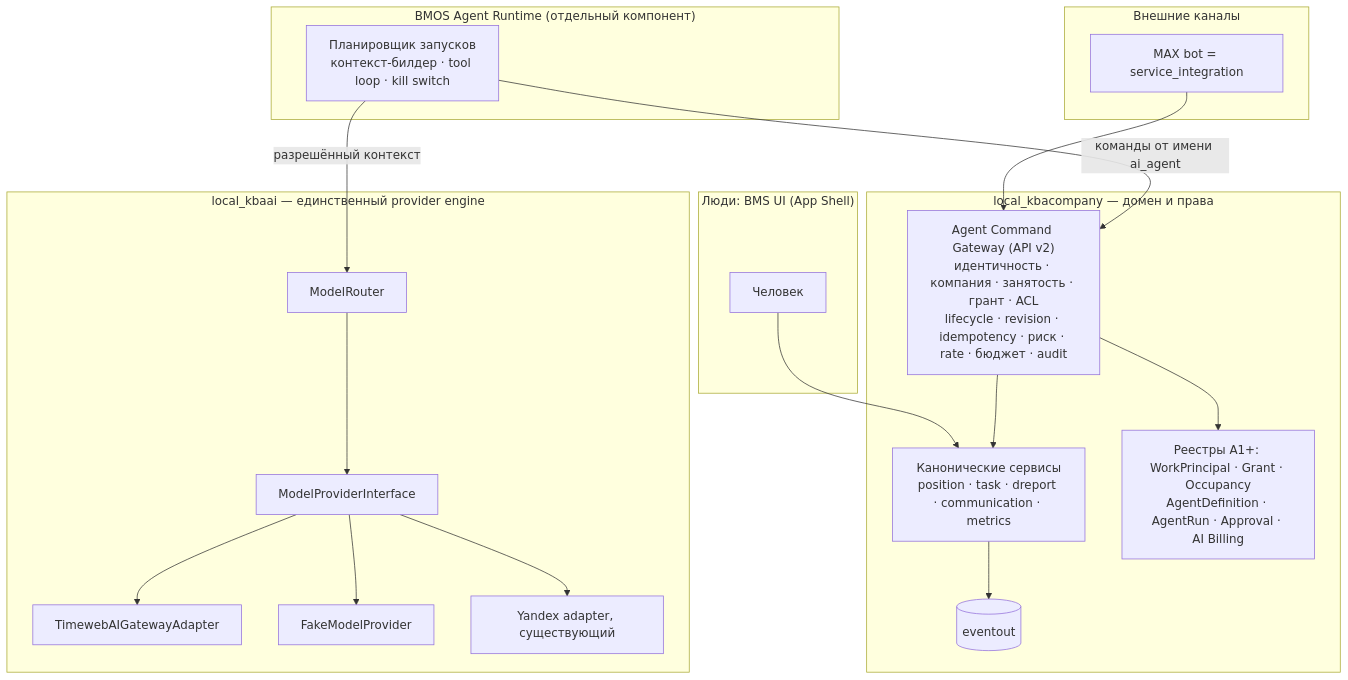
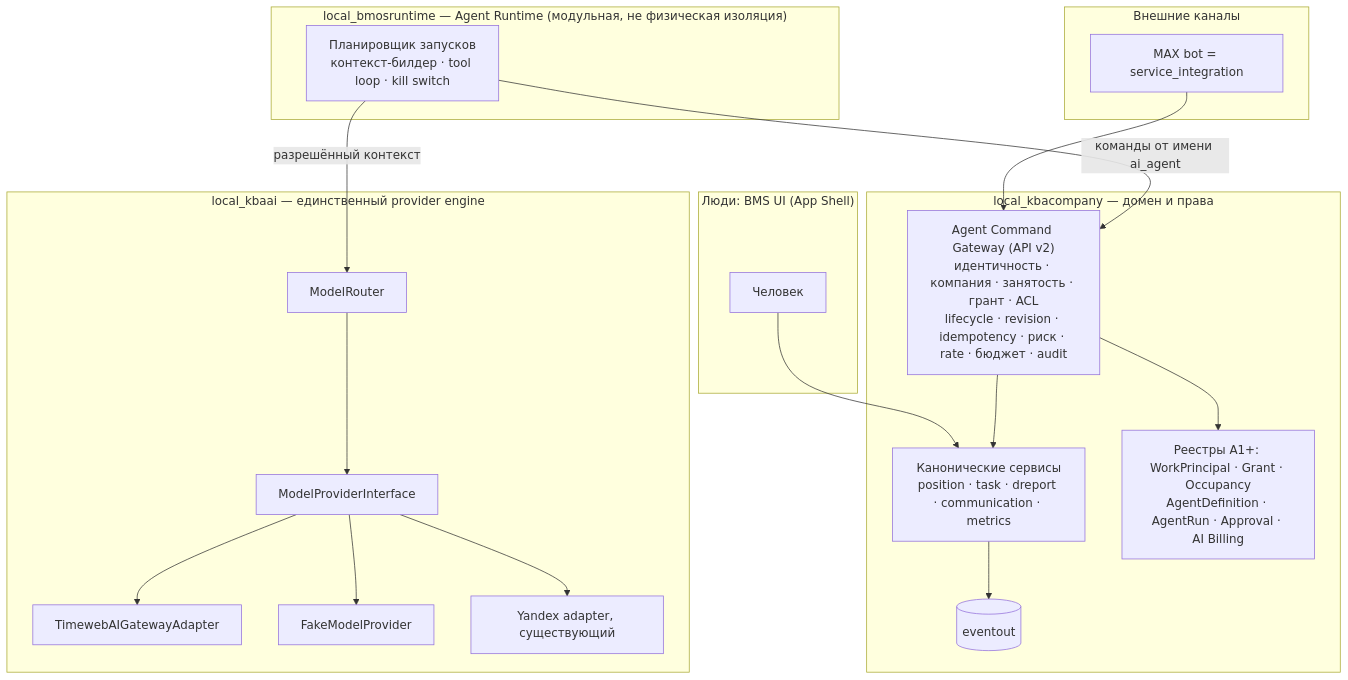
Before and after one commit to rimanfatykhov-arch/bms24: the diagram in docs/bmos/A0_01_ARCHITECTURE.md, drawn with Mermaid. The commit also changed other lines of this file and 17 other files, not shown here.

````diff
--- a/docs/bmos/A0_01_ARCHITECTURE.md
+++ b/docs/bmos/A0_01_ARCHITECTURE.md
@@ -17,34 +17,34 @@
 ```mermaid
 flowchart TB
   subgraph UI["Люди: BMS UI (App Shell)"]
     H[Человек]
   end
   subgraph EXT["Внешние каналы"]
     MAX[MAX bot = service_integration]
   end
   subgraph BMS["local_kbacompany — домен и права"]
     CMD["Agent Command Gateway (API v2)\nидентичность · компания · занятость · грант · ACL\nlifecycle · revision · idempotency · риск · rate · бюджет · audit"]
     DOM["Канонические сервисы\nposition · task · dreport · communication · metrics"]
     REG["Реестры A1+: WorkPrincipal · Grant · Occupancy\nAgentDefinition · AgentRun · Approval · AI Billing"]
     OUT[(eventout)]
   end
-  subgraph RT["BMOS Agent Runtime (отдельный компонент)"]
+  subgraph RT["local_bmosruntime — Agent Runtime (модульная, не физическая изоляция)"]
     RUN["Планировщик запусков\nконтекст-билдер · tool loop · kill switch"]
   end
   subgraph AI["local_kbaai — единственный provider engine"]
     ROUTER[ModelRouter]
     MPI[ModelProviderInterface]
     TW[TimewebAIGatewayAdapter]
     FAKE[FakeModelProvider]
     YA[Yandex adapter, существующий]
   end
   H --> DOM
   MAX --> CMD
   RUN -- "команды от имени ai_agent" --> CMD
   CMD --> DOM
   CMD --> REG
   DOM --> OUT
   RUN -- "разрешённый контекст" --> ROUTER
   ROUTER --> MPI
   MPI --> TW & FAKE & YA
 ```
````
